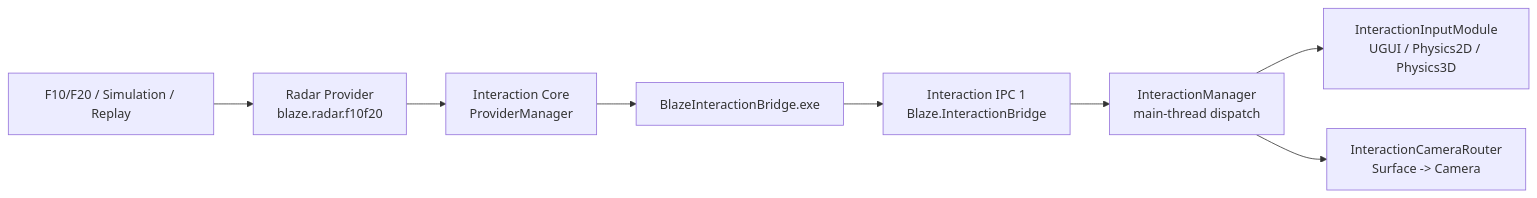
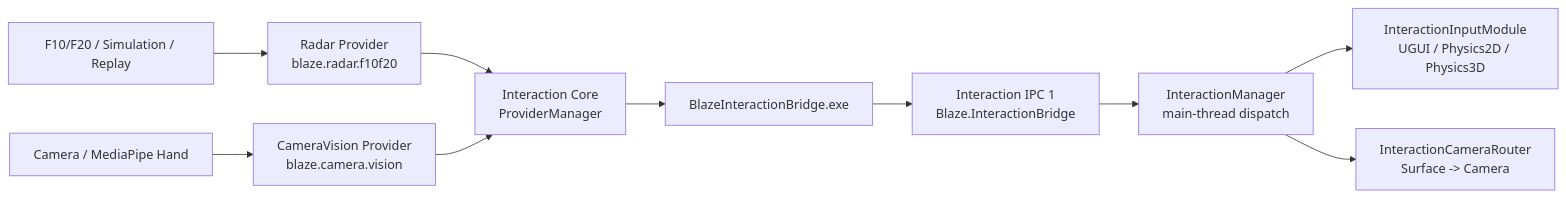
The diagram in docs/architecture.md (blaze-tc/BlazeInteraction), drawn with Mermaid before and after one commit. The commit also changed other lines of this file and 97 other files, not shown here.

````diff
--- a/docs/architecture.md
+++ b/docs/architecture.md
@@ -5,10 +5,12 @@
 ```mermaid
 flowchart LR
     R["F10/F20 / Simulation / Replay"] --> RP["Radar Provider\nblaze.radar.f10f20"]
+    C["Camera / MediaPipe Hand"] --> CP["CameraVision Provider\nblaze.camera.vision"]
     RP --> PM["Interaction Core\nProviderManager"]
+    CP --> PM
     PM --> BH["BlazeInteractionBridge.exe"]
     BH --> IPC["Interaction IPC 1\nBlaze.InteractionBridge"]
     IPC --> UM["InteractionManager\nmain-thread dispatch"]
     UM --> UI["InteractionInputModule\nUGUI / Physics2D / Physics3D"]
     UM --> CR["InteractionCameraRouter\nSurface -> Camera"]
 ```
````
